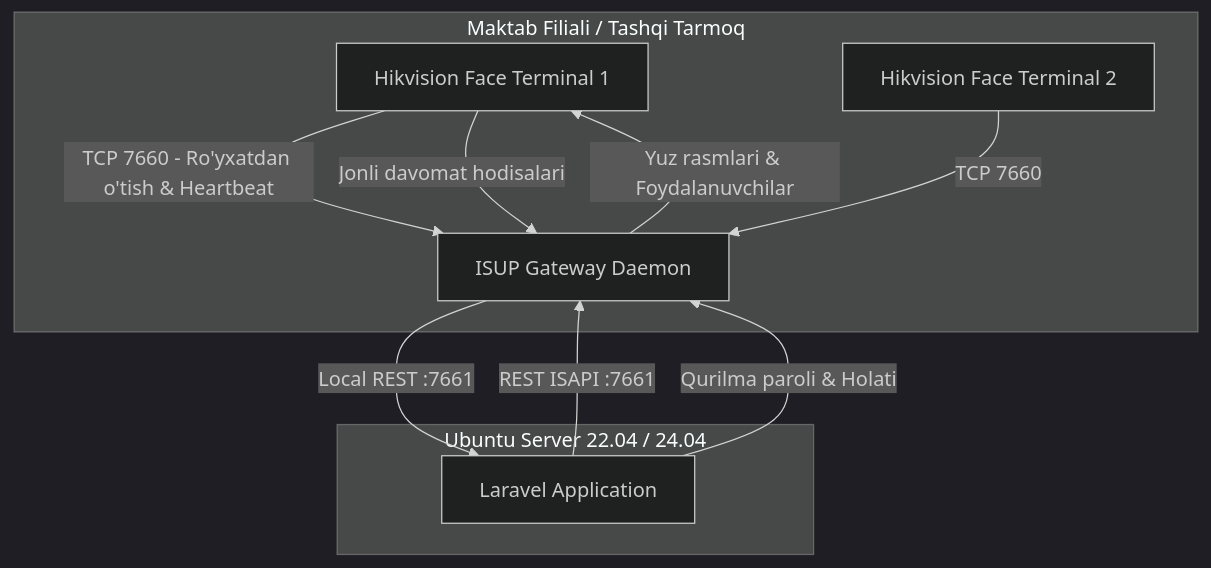
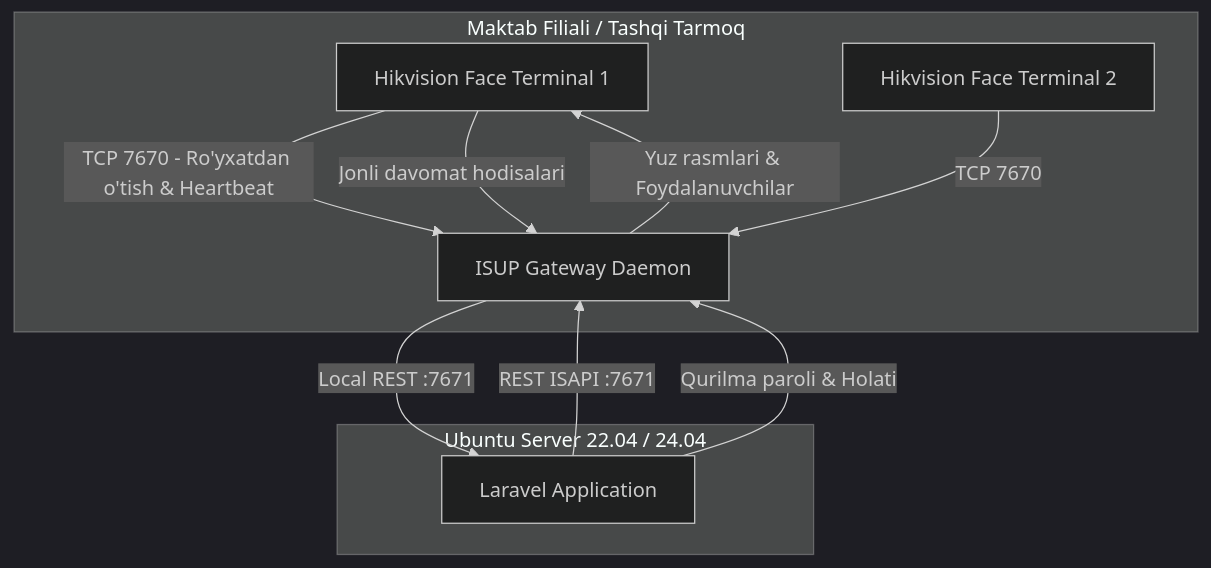
The diagram in docs/hikvision-isup-server-setup.md (IslomFargoniy/panel.schoolday.uz), drawn with Mermaid (dark theme) before and after one commit. The commit also changed other lines of this file and 6 other files, not shown here.

````diff
--- a/docs/hikvision-isup-server-setup.md
+++ b/docs/hikvision-isup-server-setup.md
@@ -11,15 +17,15 @@
 ```mermaid
 flowchart TD
     subgraph Tashqi Tarmoq [Maktab Filiali / Tashqi Tarmoq]
-        T1[Hikvision Face Terminal 1] -->|TCP 7660 - Ro'yxatdan o'tish & Heartbeat| G[ISUP Gateway Daemon :7660]
-        T2[Hikvision Face Terminal 2] -->|TCP 7660| G
+        T1[Hikvision Face Terminal 1] -->|TCP 7670 - Ro'yxatdan o'tish & Heartbeat| G[ISUP Gateway Daemon :7670]
+        T2[Hikvision Face Terminal 2] -->|TCP 7670| G
     end
 
     subgraph Linux Server [Ubuntu Server 22.04 / 24.04]
-        G[ISUP Gateway Daemon] -->|Local REST :7661| L[Laravel Application]
-        L -->|REST ISAPI :7661| G
+        G[ISUP Gateway Daemon] -->|Local REST :7671| L[Laravel Application]
+        L -->|REST ISAPI :7671| G
         L -->|Qurilma paroli & Holati| G
         G -->|Yuz rasmlari & Foydalanuvchilar| T1
         T1 -->|Jonli davomat hodisalari| G
     end
 ```
````
